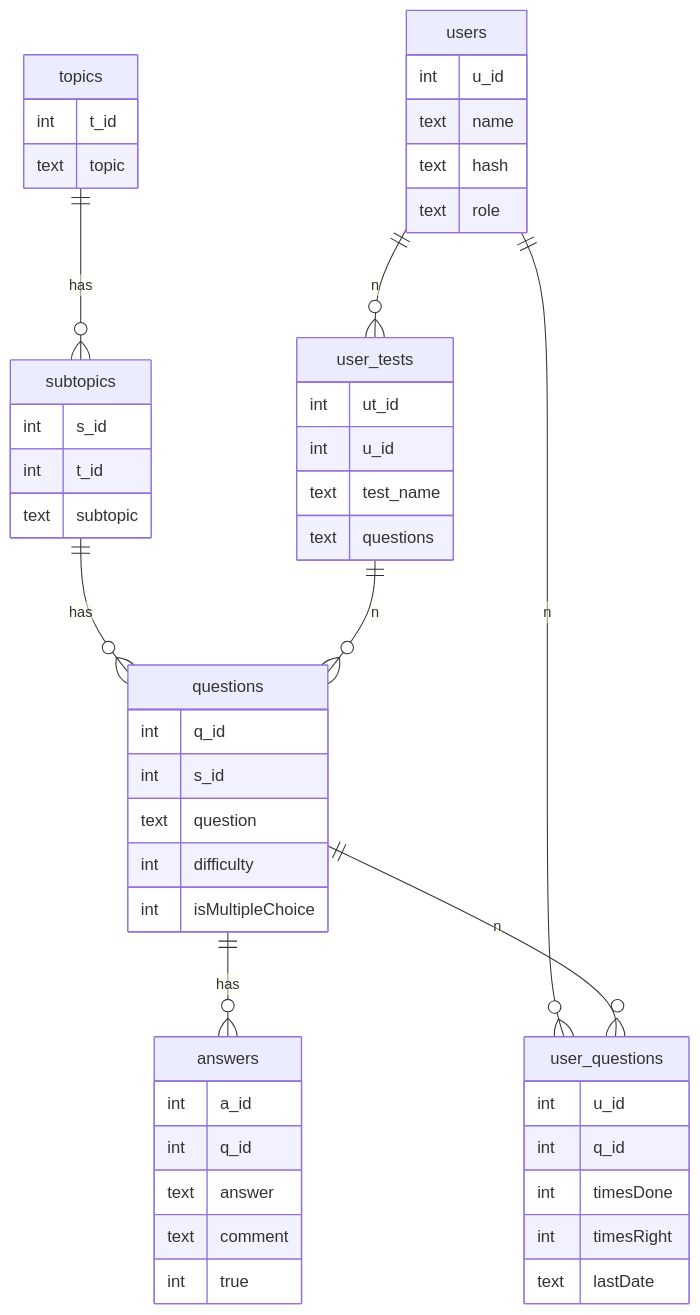
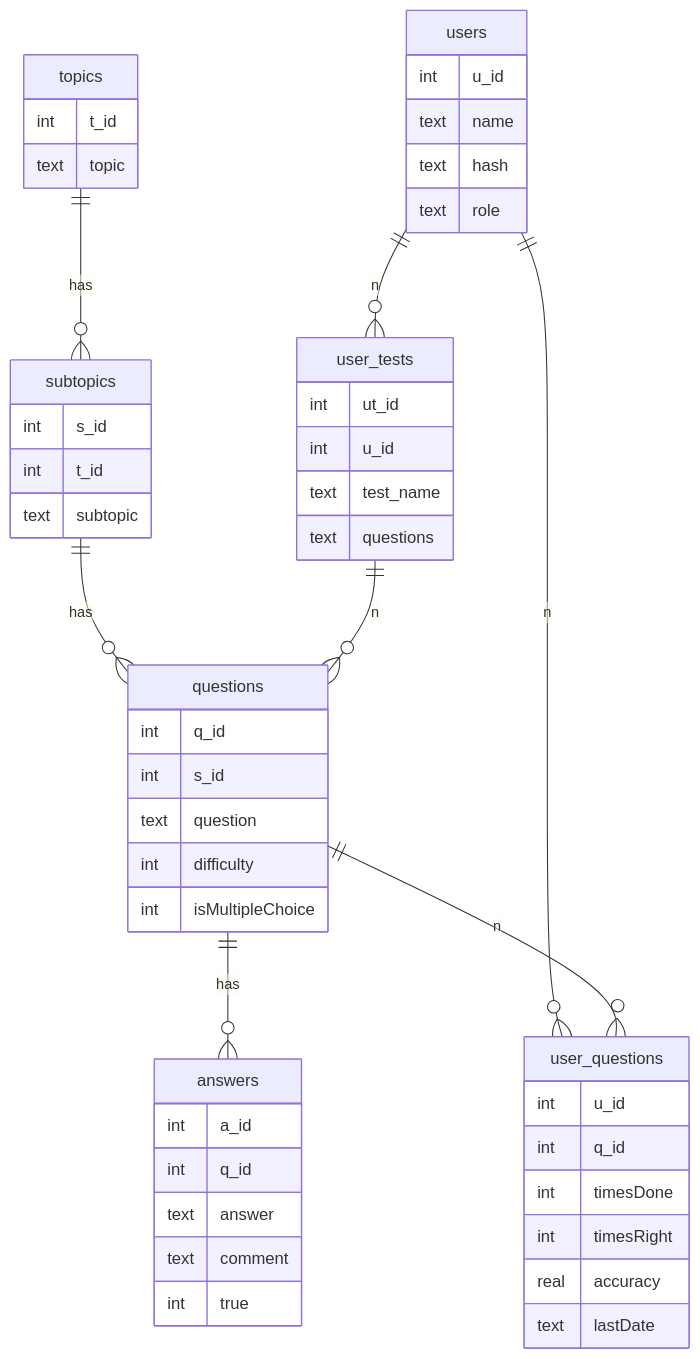
One commit to KlaBra16F1/CS50 changed the second of 2 diagrams in docs/documentation.adoc. Above: the diagram before and after it, drawn with Mermaid. The commit also changed other lines of this file and 9 other files, not shown here.

```diff
--- a/docs/documentation.adoc
+++ b/docs/documentation.adoc
@@ -76,59 +77,60 @@
 [mermaid]
 ----
 erDiagram
 
 topics {
     int t_id
     text topic
 }
 subtopics {
     int s_id
     int t_id
     text subtopic
 }
 questions {
     int q_id
     int s_id
     text question
     int difficulty
     int isMultipleChoice
 }
 answers {
     int a_id
     int q_id
     text answer
     text comment
     int true
 }
 users {
     int u_id
     text name
     text hash
     text role
 }
 user_questions {
     int u_id
     int q_id
     int timesDone
     int timesRight
+    real accuracy
     text lastDate
 }
 user_tests {
     int ut_id
     int u_id
     text test_name
     text questions
 }
 
 
 topics ||--o{ subtopics : has
 subtopics ||--o{ questions : has
 questions ||--o{ answers : has
 users ||--o{ user_questions : n
 questions ||--o{ user_questions : n
 users ||--o{ user_tests : n
 user_tests ||--o{ questions : n
 
 
 
 ----
```
